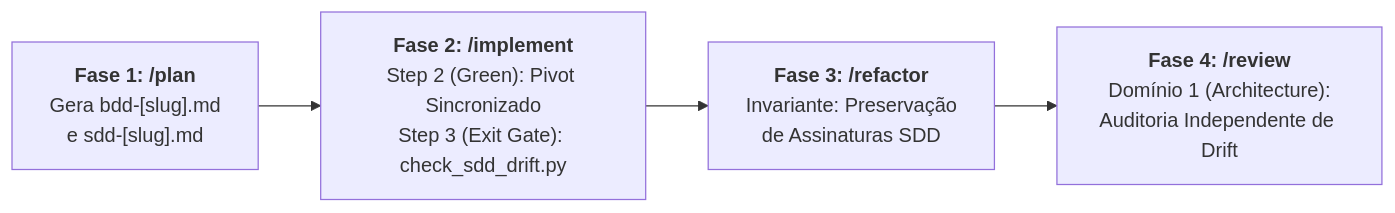
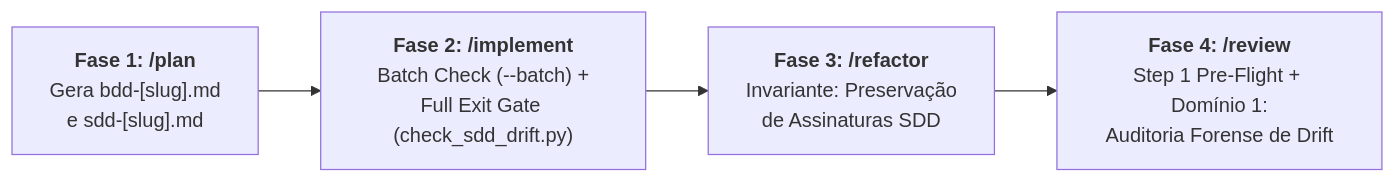
One commit to MarcosVeniciu/antigravity-agentic-skills changed the diagram in doc/README.md. Above: the diagram before and after it, drawn with Mermaid. The commit also changed other lines of this file and 11 other files, not shown here.

First line of the commit message:
feat(skills): evolve implement and review to SDD 2.0 with drift gate and subagent isolation

````diff
--- a/doc/README.md
+++ b/doc/README.md
@@ -44,6 +46,6 @@
 ```mermaid
 flowchart LR
-    Plan["<b>Fase 1: /plan</b><br/>Gera bdd-[slug].md<br/>e sdd-[slug].md"] --> Impl["<b>Fase 2: /implement</b><br/>Step 2 (Green): Pivot Sincronizado<br/>Step 3 (Exit Gate): check_sdd_drift.py"]
+    Plan["<b>Fase 1: /plan</b><br/>Gera bdd-[slug].md<br/>e sdd-[slug].md"] --> Impl["<b>Fase 2: /implement</b><br/>Batch Check (--batch) +<br/>Full Exit Gate (check_sdd_drift.py)"]
     Impl --> Ref["<b>Fase 3: /refactor</b><br/>Invariante: Preservação<br/>de Assinaturas SDD"]
-    Ref --> Rev["<b>Fase 4: /review</b><br/>Domínio 1 (Architecture):<br/>Auditoria Independente de Drift"]
+    Ref --> Rev["<b>Fase 4: /review</b><br/>Step 1 Pre-Flight + Domínio 1:<br/>Auditoria Forense de Drift"]
 ```
````
